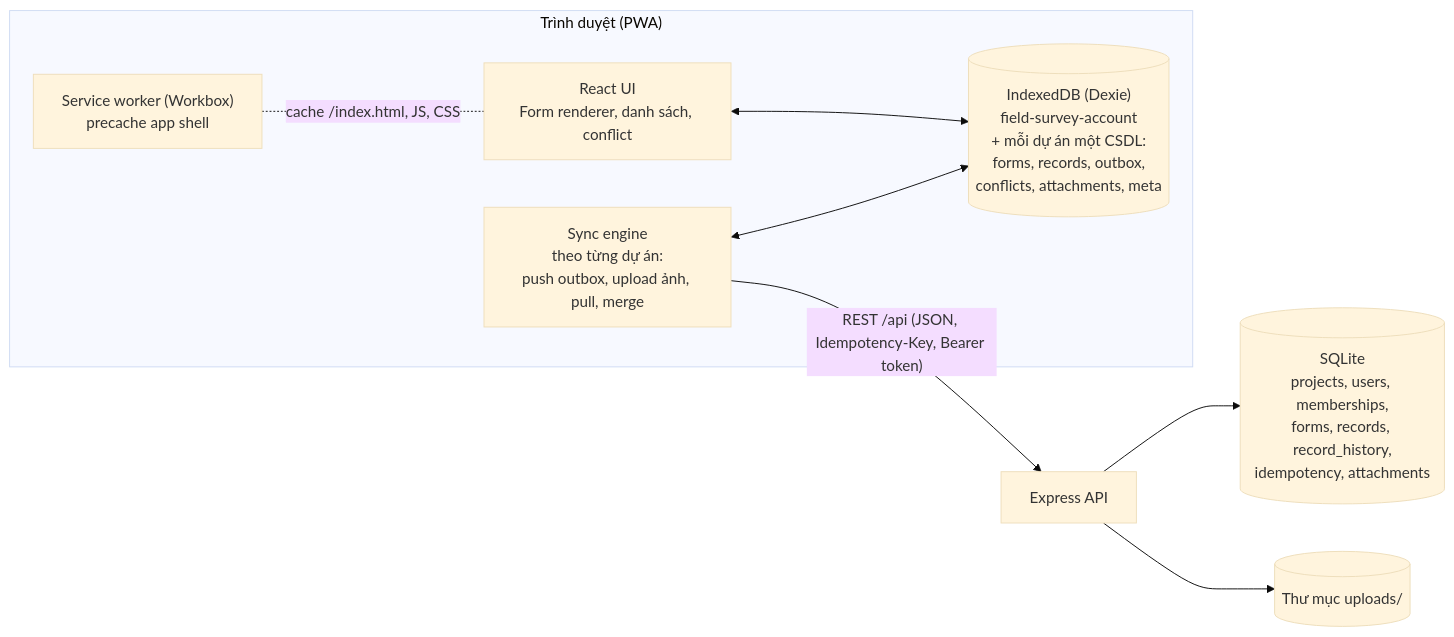
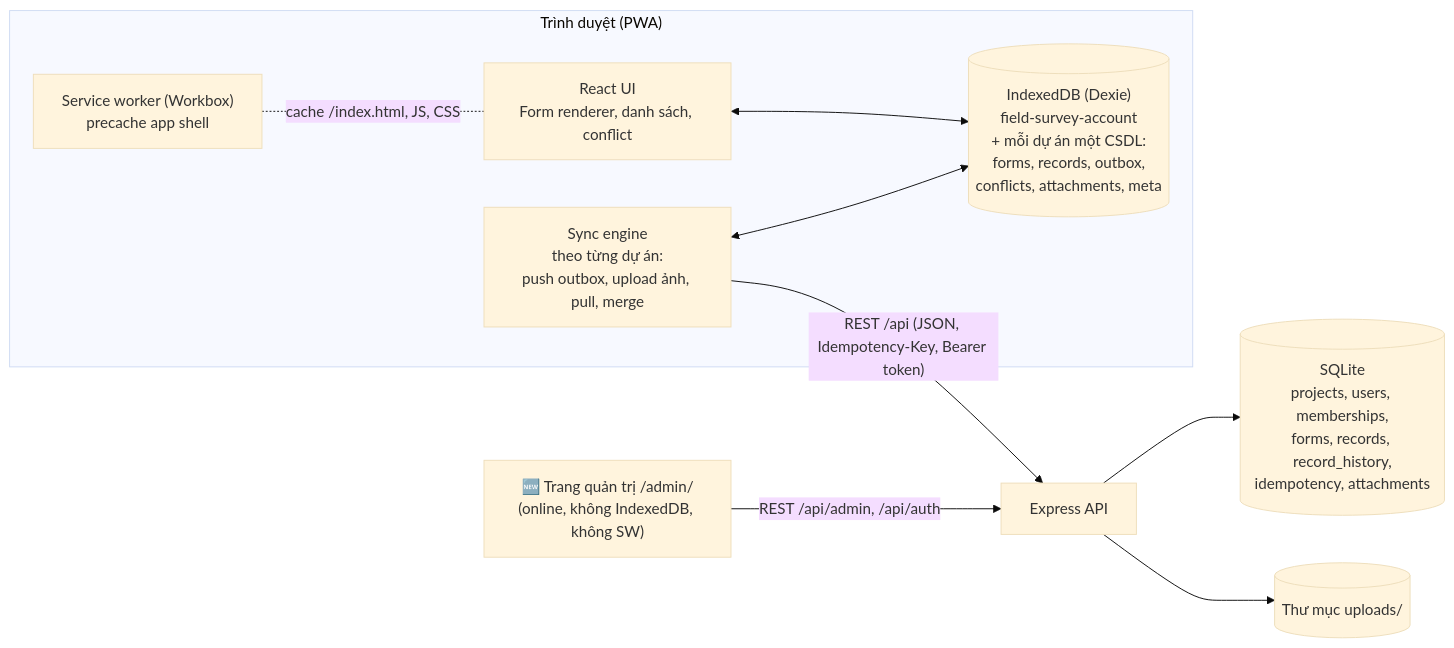
One commit to hoangleviet1031/SE2026-T21 changed the first of 2 diagrams in docs/design.md. Above: the diagram before and after it, drawn with Mermaid (base theme). The commit also changed other lines of this file and 11 other files, not shown here.

````diff
--- a/docs/design.md
+++ b/docs/design.md
@@ -97,15 +119,16 @@
 ```mermaid
 flowchart LR
   subgraph Browser["Trình duyệt (PWA)"]
     UI["React UI<br/>Form renderer, danh sách, conflict"]
     DB[("IndexedDB (Dexie)<br/>field-survey-account<br/>+ mỗi dự án một CSDL:<br/>forms, records, outbox,<br/>conflicts, attachments, meta")]
     SE["Sync engine<br/>theo từng dự án:<br/>push outbox, upload ảnh, pull, merge"]
     SW["Service worker (Workbox)<br/>precache app shell"]
     UI <--> DB
     SE <--> DB
   end
   SE -- "REST /api (JSON, Idempotency-Key, Bearer token)" --> API["Express API"]
   API --> SQL[("SQLite<br/>projects, users, memberships,<br/>forms, records, record_history,<br/>idempotency, attachments")]
   API --> FS[("Thư mục uploads/")]
   SW -. "cache /index.html, JS, CSS" .- UI
+  ADM["🆕 Trang quản trị /admin/<br/>(online, không IndexedDB, không SW)"] -- "REST /api/admin, /api/auth" --> API
 ```
````
